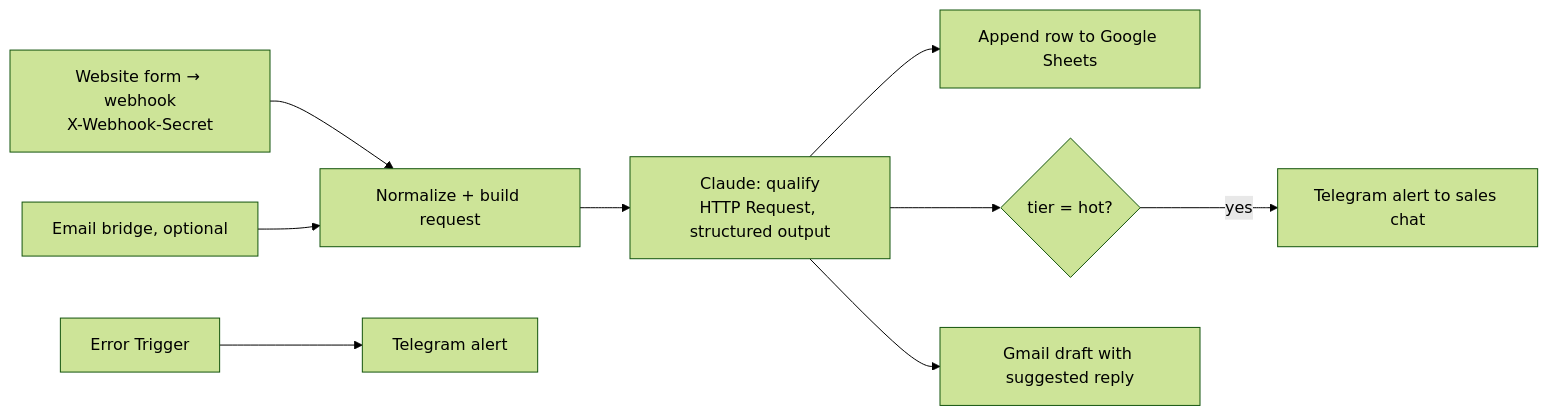
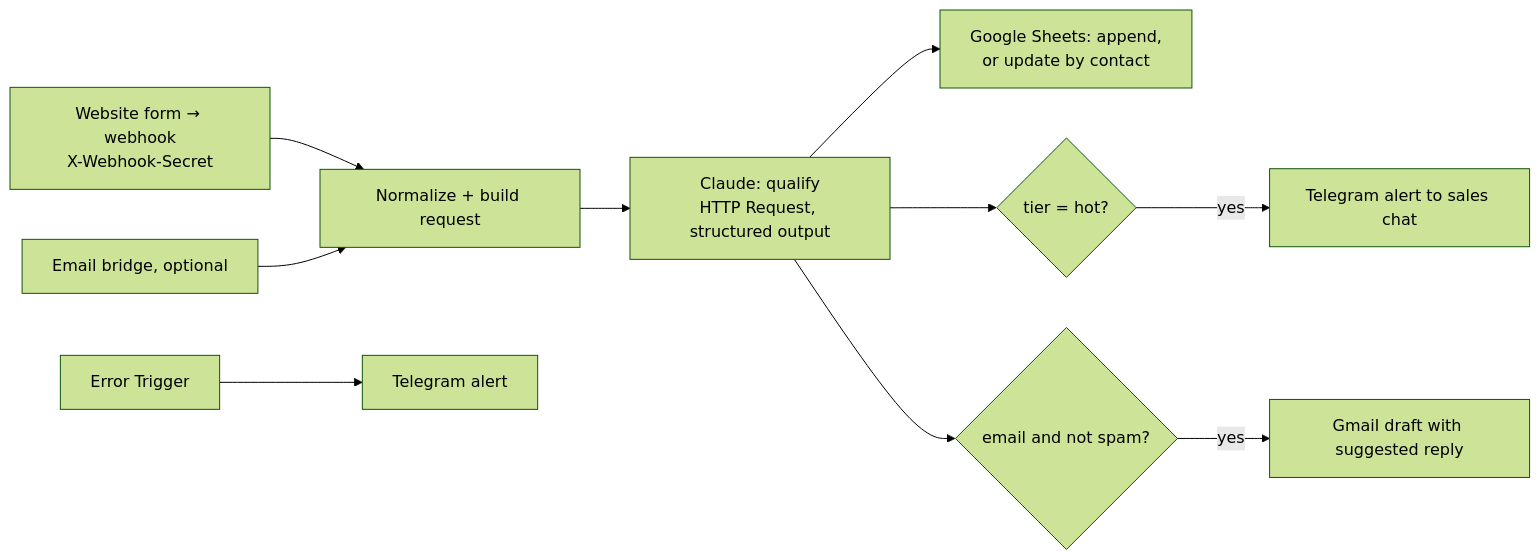
Before and after one commit to Hamann1188/n8n-ai-lead-qualifier: the diagram in docs/ARCHITECTURE.md, drawn with Mermaid (forest theme). The commit also changed other lines of this file and 8 other files, not shown here.

First line of the commit message:
feat: log leads to Google Sheets and draft replies in Gmail

````diff
--- a/docs/ARCHITECTURE.md
+++ b/docs/ARCHITECTURE.md
@@ -25,11 +25,12 @@
 ```mermaid
 flowchart LR
   F[Website form → webhook<br/>X-Webhook-Secret] --> N[Normalize + build request]
   M[Email bridge, optional] --> N
   N --> Q[Claude: qualify<br/>HTTP Request, structured output]
-  Q --> S[Append row to Google Sheets]
+  Q --> S[Google Sheets: append,<br/>or update by contact]
   Q --> R{tier = hot?}
   R -- yes --> T[Telegram alert to sales chat]
-  Q --> G[Gmail draft with suggested reply]
+  Q --> D{email and not spam?}
+  D -- yes --> G[Gmail draft with suggested reply]
   E[Error Trigger] --> TA[Telegram alert]
 ```
````
